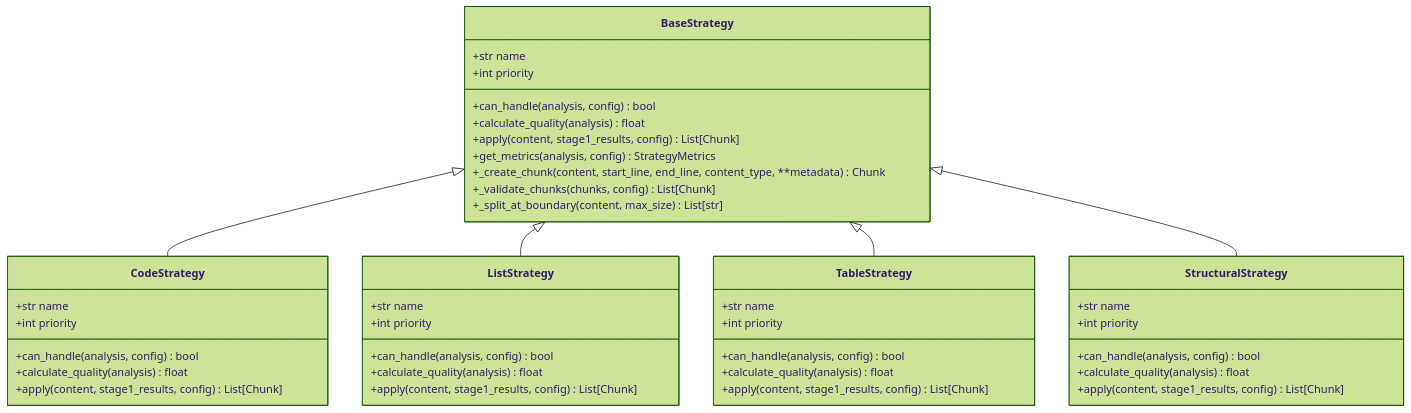
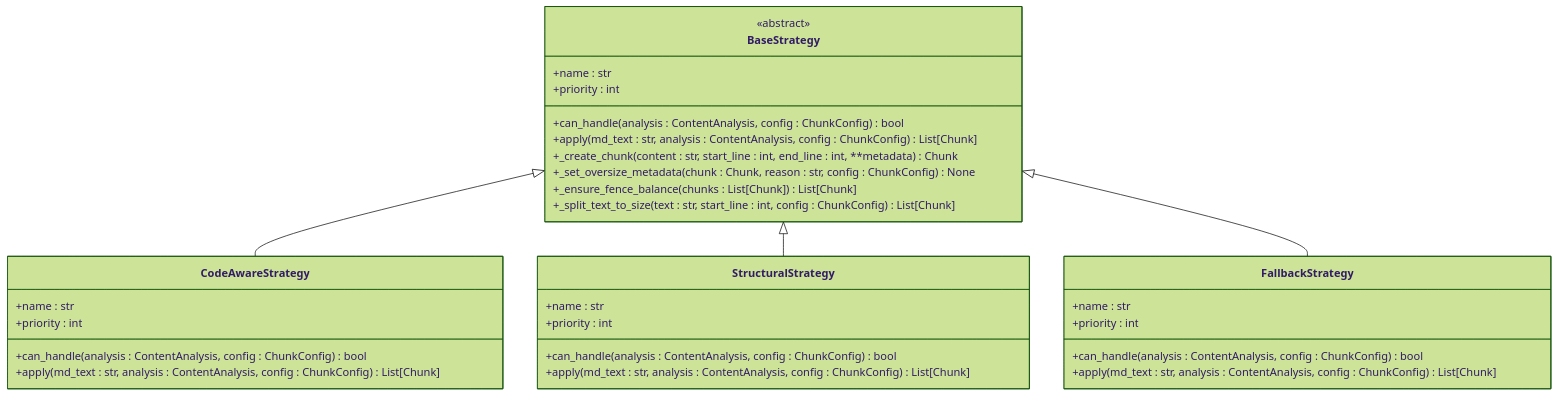
The second of 6 diagrams in .qoder/repowiki/en/content/Development Guide.md (asukhodko/dify-markdown-chunker), drawn with Mermaid (forest theme) before and after one commit. The commit also changed other lines of this file and 205 other files, not shown here.

````diff
--- a/.qoder/repowiki/en/content/Development Guide.md
+++ b/.qoder/repowiki/en/content/Development Guide.md
@@ -304,46 +90,35 @@
 ```mermaid
 classDiagram
 class BaseStrategy {
-+str name
-+int priority
-+can_handle(analysis, config) bool
-+calculate_quality(analysis) float
-+apply(content, stage1_results, config) List[Chunk]
-+get_metrics(analysis, config) StrategyMetrics
-+_create_chunk(content, start_line, end_line, content_type, **metadata) Chunk
-+_validate_chunks(chunks, config) List[Chunk]
-+_split_at_boundary(content, max_size) List[str]
+<<abstract>>
++name : str
++priority : int
++can_handle(analysis : ContentAnalysis, config : ChunkConfig) bool
++apply(md_text : str, analysis : ContentAnalysis, config : ChunkConfig) List[Chunk]
++_create_chunk(content : str, start_line : int, end_line : int, **metadata) Chunk
++_set_oversize_metadata(chunk : Chunk, reason : str, config : ChunkConfig) None
++_ensure_fence_balance(chunks : List[Chunk]) List[Chunk]
++_split_text_to_size(text : str, start_line : int, config : ChunkConfig) List[Chunk]
 }
-class CodeStrategy {
-+str name
-+int priority
-+can_handle(analysis, config) bool
-+calculate_quality(analysis) float
-+apply(content, stage1_results, config) List[Chunk]
-}
-class ListStrategy {
-+str name
-+int priority
-+can_handle(analysis, config) bool
-+calculate_quality(analysis) float
-+apply(content, stage1_results, config) List[Chunk]
-}
-class TableStrategy {
-+str name
-+int priority
-+can_handle(analysis, config) bool
-+calculate_quality(analysis) float
-+apply(content, stage1_results, config) List[Chunk]
+class CodeAwareStrategy {
++name : str
++priority : int
++can_handle(analysis : ContentAnalysis, config : ChunkConfig) bool
++apply(md_text : str, analysis : ContentAnalysis, config : ChunkConfig) List[Chunk]
 }
 class StructuralStrategy {
-+str name
-+int priority
-+can_handle(analysis, config) bool
-+calculate_quality(analysis) float
-+apply(content, stage1_results, config) List[Chunk]
++name : str
++priority : int
++can_handle(analysis : ContentAnalysis, config : ChunkConfig) bool
++apply(md_text : str, analysis : ContentAnalysis, config : ChunkConfig) List[Chunk]
 }
-BaseStrategy <|-- CodeStrategy
-BaseStrategy <|-- ListStrategy
-BaseStrategy <|-- TableStrategy
+class FallbackStrategy {
++name : str
++priority : int
++can_handle(analysis : ContentAnalysis, config : ChunkConfig) bool
++apply(md_text : str, analysis : ContentAnalysis, config : ChunkConfig) List[Chunk]
+}
+BaseStrategy <|-- CodeAwareStrategy
 BaseStrategy <|-- StructuralStrategy
+BaseStrategy <|-- FallbackStrategy
 ```
````
